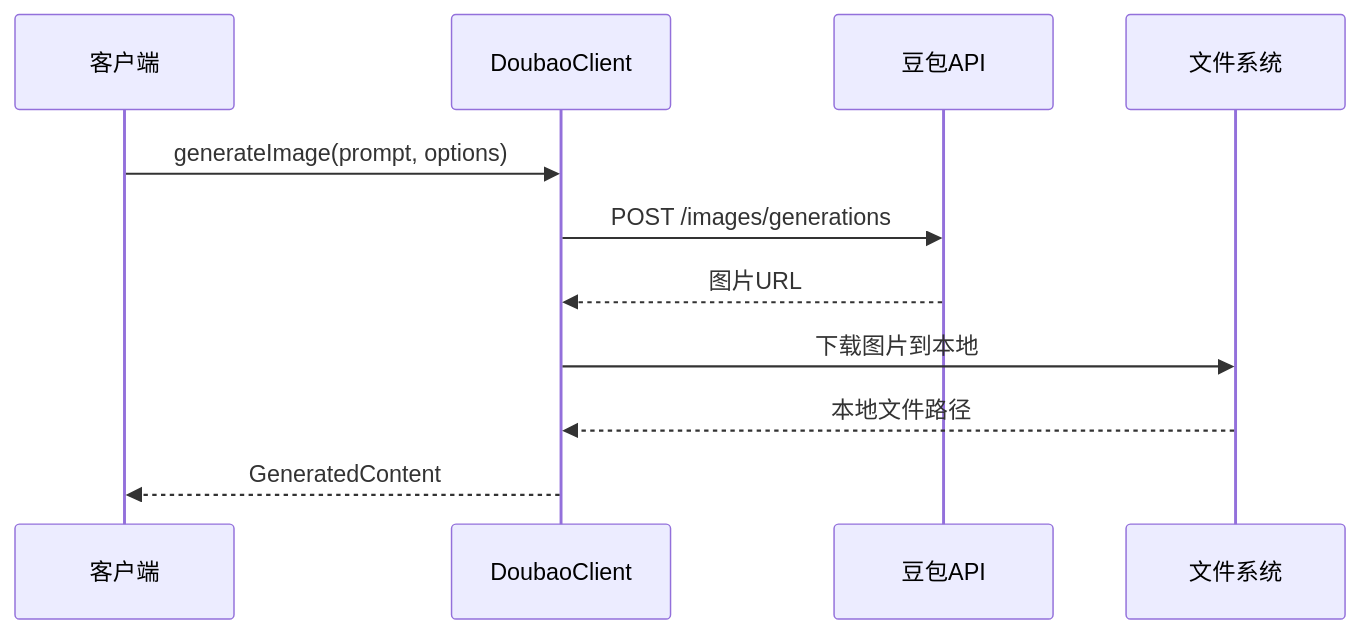
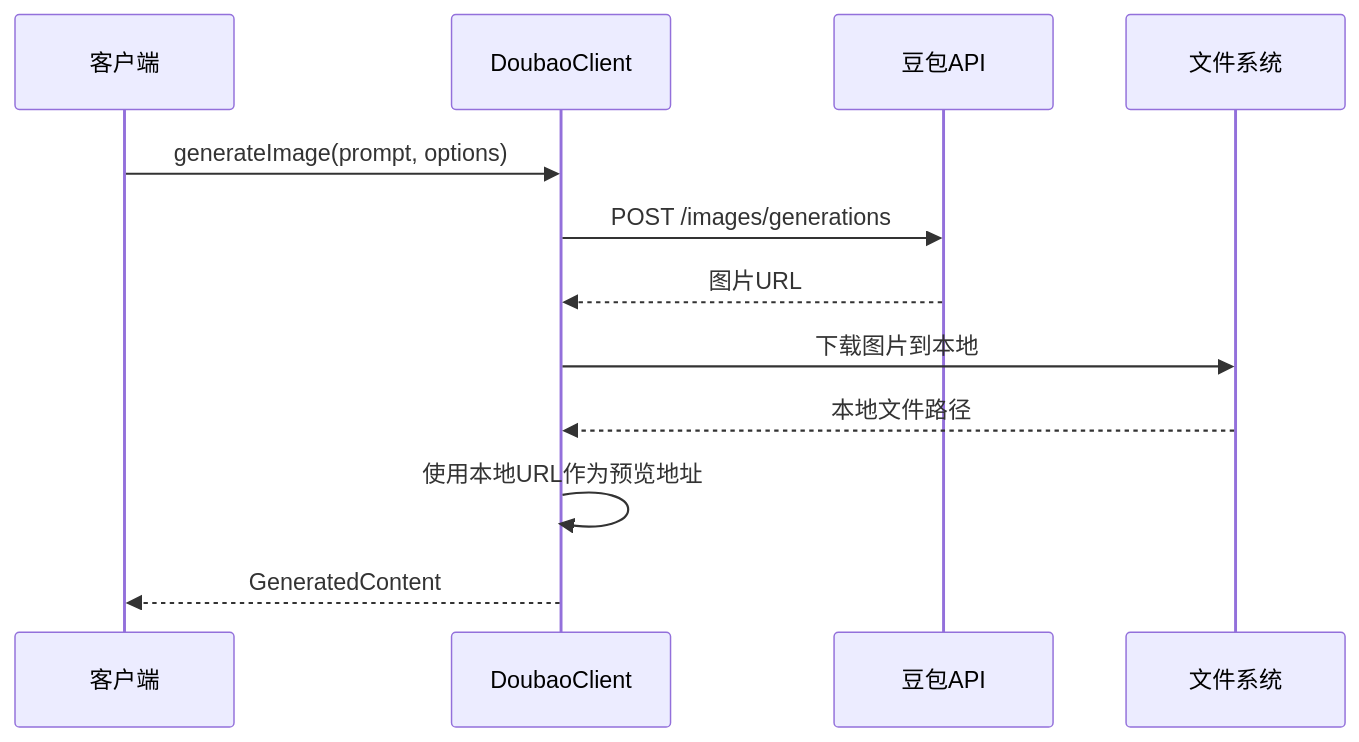
Before and after one commit to songdiyang/clawOperations: the fourth of 9 diagrams in .qoder/repowiki/zh/content/Doubao Client Api.md, drawn with Mermaid. The commit also changed other lines of this file and 10 other files, not shown here.

````diff
--- a/.qoder/repowiki/zh/content/Doubao Client Api.md
+++ b/.qoder/repowiki/zh/content/Doubao Client Api.md
@@ -257,13 +276,14 @@
 ```mermaid
 sequenceDiagram
 participant Client as 客户端
 participant Doubao as DoubaoClient
 participant API as 豆包API
 participant FS as 文件系统
 Client->>Doubao : generateImage(prompt, options)
 Doubao->>API : POST /images/generations
 API-->>Doubao : 图片URL
 Doubao->>FS : 下载图片到本地
 FS-->>Doubao : 本地文件路径
+Doubao->>Doubao : 使用本地URL作为预览地址
 Doubao-->>Client : GeneratedContent
 ```
````
